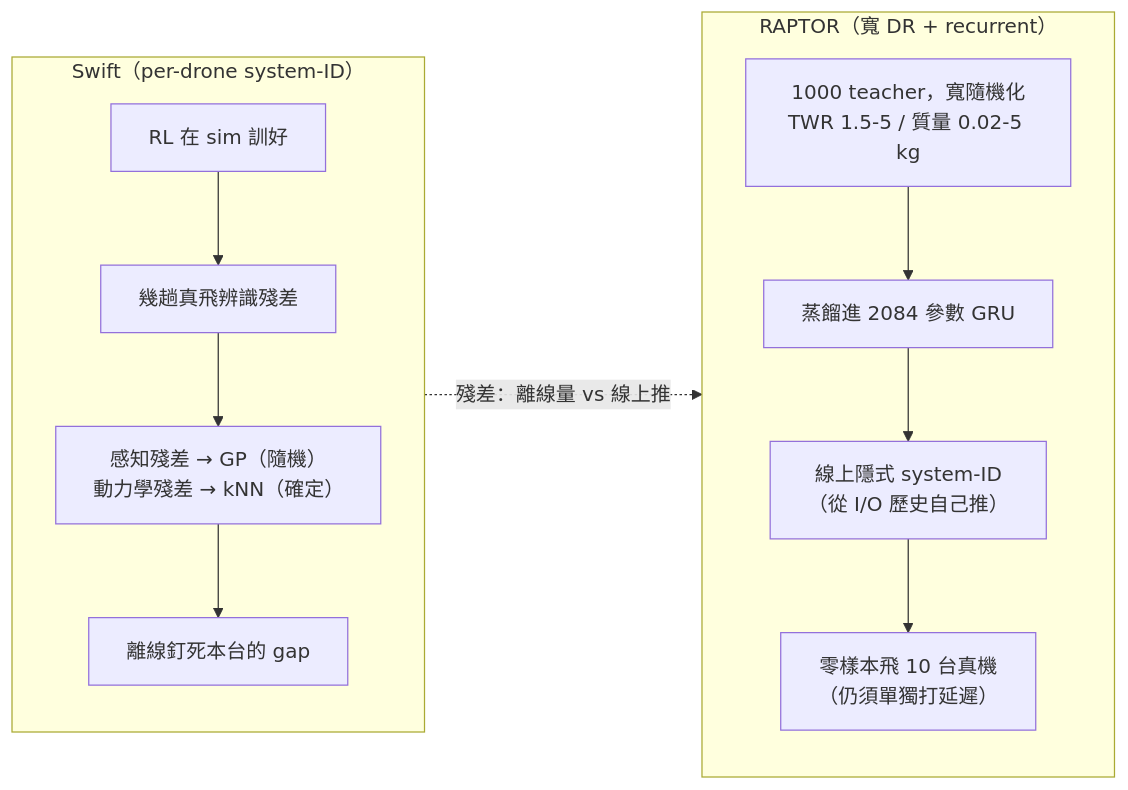
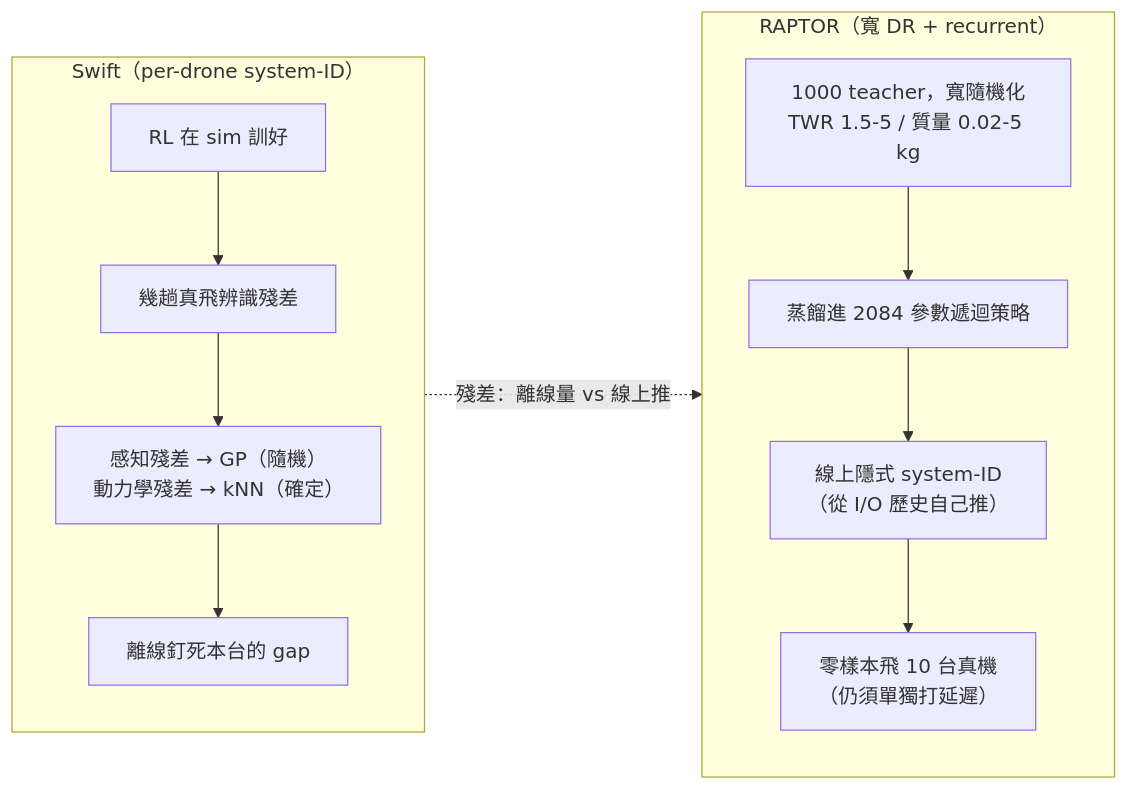
One commit to sou350121/Physics-Controllable-Generation-Handbook changed the third of 4 diagrams in use-cases/aerial-sim/sim-to-real-contract.md. Above: the diagram before and after it, drawn with Mermaid. The commit also changed other lines of this file, not shown here.

````diff
--- a/use-cases/aerial-sim/sim-to-real-contract.md
+++ b/use-cases/aerial-sim/sim-to-real-contract.md
@@ -96,16 +154,16 @@
 ```mermaid
 flowchart LR
     subgraph SW["Swift（per-drone system-ID）"]
         direction TB
         SW1["RL 在 sim 訓好"] --> SW2["幾趟真飛辨識殘差"]
         SW2 --> SW3["感知殘差 → GP（隨機）<br/>動力學殘差 → kNN（確定）"]
         SW3 --> SW4["離線釘死本台的 gap"]
     end
     subgraph RP["RAPTOR（寬 DR + recurrent）"]
         direction TB
-        RP1["1000 teacher，寬隨機化<br/>TWR 1.5-5 / 質量 0.02-5 kg"] --> RP2["蒸餾進 2084 參數 GRU"]
+        RP1["1000 teacher，寬隨機化<br/>TWR 1.5-5 / 質量 0.02-5 kg"] --> RP2["蒸餾進 2084 參數遞迴策略"]
         RP2 --> RP3["線上隱式 system-ID<br/>（從 I/O 歷史自己推）"]
         RP3 --> RP4["零樣本飛 10 台真機<br/>（仍須單獨打延遲）"]
     end
     SW4 -.->|"殘差：離線量 vs 線上推"| RP3
 ```
````
